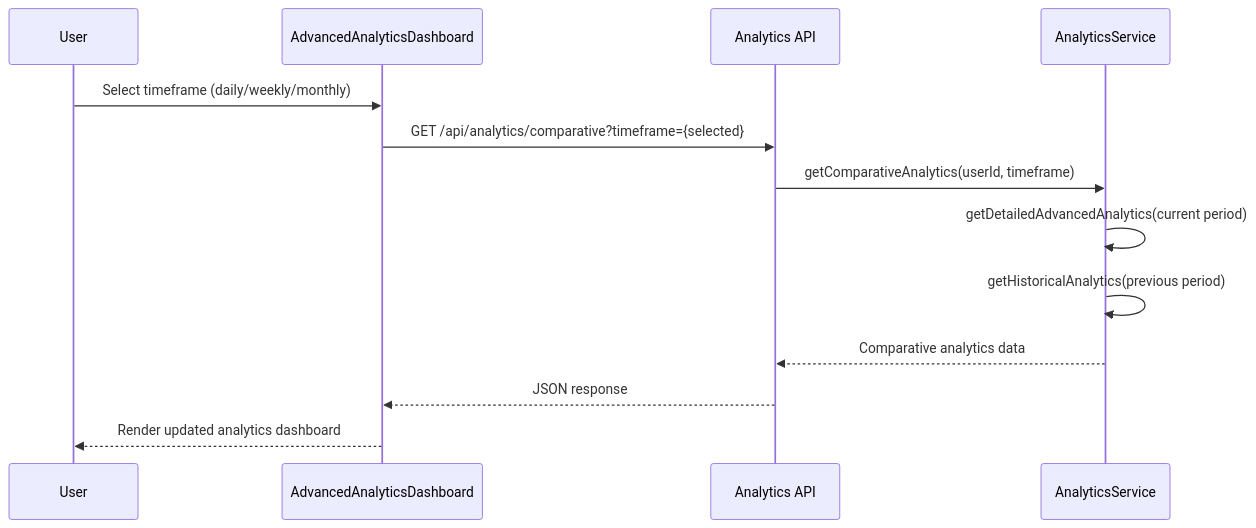
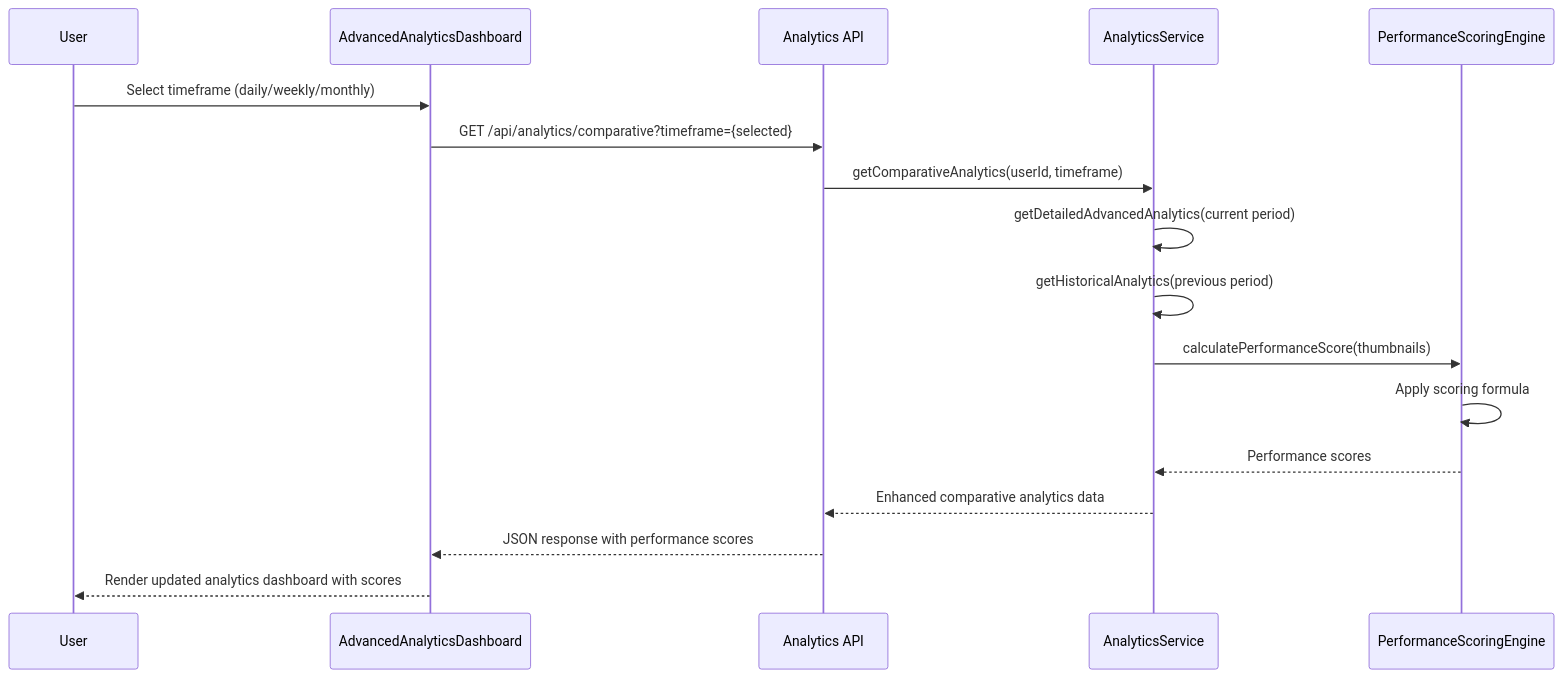
The second of 3 diagrams in .qoder/repowiki/en/content/Analytics & Performance Tracking/Advanced Analytics Features.md (Brimstow/ThumPiks), drawn with Mermaid before and after one commit. The commit also changed other lines of this file and 900 other files, not shown here.

````diff
--- a/.qoder/repowiki/en/content/Analytics & Performance Tracking/Advanced Analytics Features.md
+++ b/.qoder/repowiki/en/content/Analytics & Performance Tracking/Advanced Analytics Features.md
@@ -83,15 +110,19 @@
 ```mermaid
 sequenceDiagram
 participant User
 participant Dashboard as AdvancedAnalyticsDashboard
 participant API as Analytics API
 participant Service as AnalyticsService
+participant ScoringEngine as PerformanceScoringEngine
 User->>Dashboard : Select timeframe (daily/weekly/monthly)
 Dashboard->>API : GET /api/analytics/comparative?timeframe={selected}
 API->>Service : getComparativeAnalytics(userId, timeframe)
 Service->>Service : getDetailedAdvancedAnalytics(current period)
 Service->>Service : getHistoricalAnalytics(previous period)
-Service-->>API : Comparative analytics data
-API-->>Dashboard : JSON response
-Dashboard-->>User : Render updated analytics dashboard
+Service->>ScoringEngine : calculatePerformanceScore(thumbnails)
+ScoringEngine->>ScoringEngine : Apply scoring formula
+ScoringEngine-->>Service : Performance scores
+Service-->>API : Enhanced comparative analytics data
+API-->>Dashboard : JSON response with performance scores
+Dashboard-->>User : Render updated analytics dashboard with scores
 ```
````
